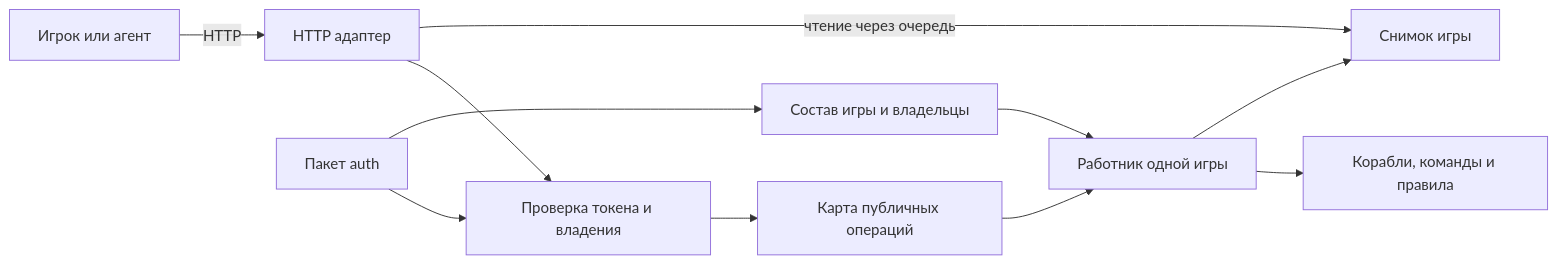
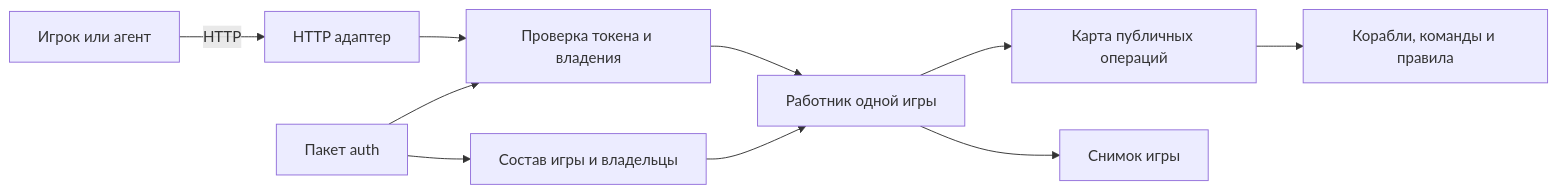
Before and after one commit to ermilovadina1-byte/otus-spacebattle-go: the second of 3 diagrams in docs/project-plan.md, drawn with Mermaid. The commit also changed other lines of this file and 3 other files, not shown here.

Commit message:
Finalize project description and correct command flow docs

````diff
--- a/docs/project-plan.md
+++ b/docs/project-plan.md
@@ -58,13 +58,12 @@
 ```mermaid
 flowchart LR
     Agent[Игрок или агент] -->|HTTP| API[HTTP адаптер]
     API --> Access[Проверка токена и владения]
-    Access --> Dispatch[Карта публичных операций]
-    Dispatch --> Worker[Работник одной игры]
-    Worker --> Core[Корабли, команды и правила]
+    Access --> Worker[Работник одной игры]
+    Worker --> Dispatch[Карта публичных операций]
+    Dispatch --> Core[Корабли, команды и правила]
     Worker --> Snapshot[Снимок игры]
-    API -->|чтение через очередь| Snapshot
     Auth[Пакет auth] --> Access
     Auth --> Catalog[Состав игры и владельцы]
     Catalog --> Worker
 ```
````
